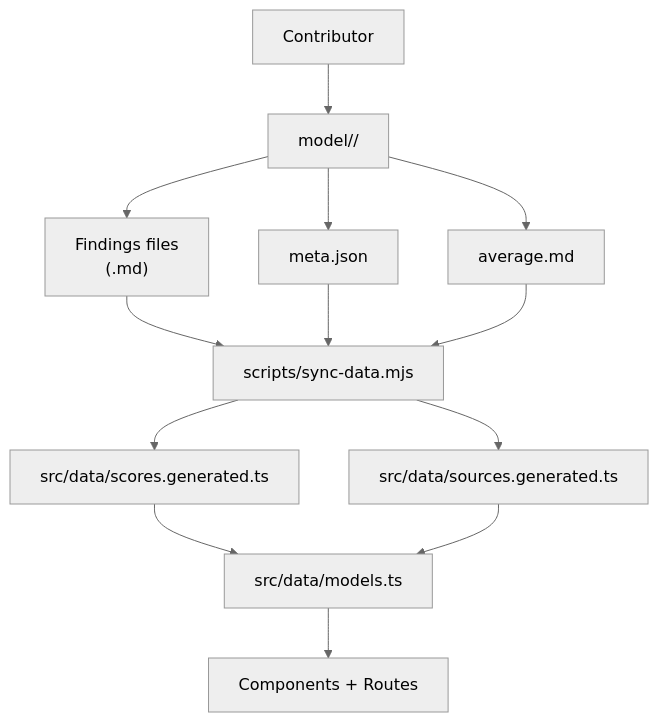
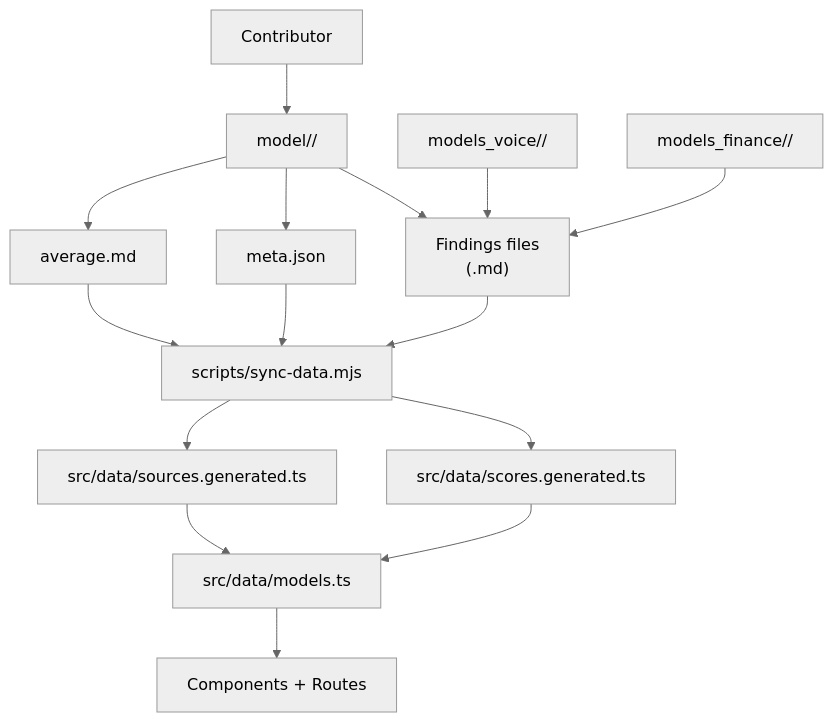
Before and after one commit to delirium-dj/modelcomp: the first of 6 diagrams in .qoder/repowiki/en/content/Model Research & Evaluation/Contributing Research Findings.md, drawn with Mermaid (neutral theme). The commit also changed other lines of this file and 147 other files, not shown here.

````diff
--- a/.qoder/repowiki/en/content/Model Research & Evaluation/Contributing Research Findings.md
+++ b/.qoder/repowiki/en/content/Model Research & Evaluation/Contributing Research Findings.md
@@ -54,25 +63,29 @@
 ```mermaid
 graph TB
 Contributor["Contributor"]
 ModelFolder["model/<slug>/"]
 Findings["Findings files<br/>(<Source_Name>.md)"]
 Meta["meta.json"]
 Average["average.md"]
 SyncScript["scripts/sync-data.mjs"]
 GeneratedScores["src/data/scores.generated.ts"]
 GeneratedSources["src/data/sources.generated.ts"]
 ModelsTS["src/data/models.ts"]
 Frontend["Components + Routes"]
+VoiceModels["models_voice/<slug>/"]
+FinanceModels["models_finance/<slug>/"]
 Contributor --> ModelFolder
 ModelFolder --> Findings
 ModelFolder --> Meta
 ModelFolder --> Average
+VoiceModels --> Findings
+FinanceModels --> Findings
 Findings --> SyncScript
 Meta --> SyncScript
 Average --> SyncScript
 SyncScript --> GeneratedScores
 SyncScript --> GeneratedSources
 GeneratedScores --> ModelsTS
 GeneratedSources --> ModelsTS
 ModelsTS --> Frontend
 ```
````
